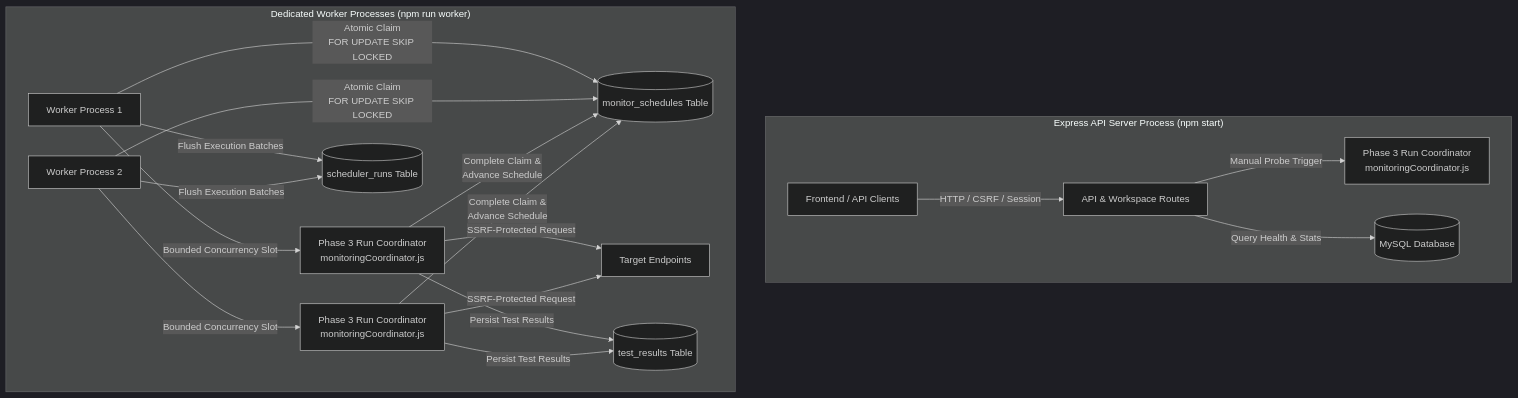
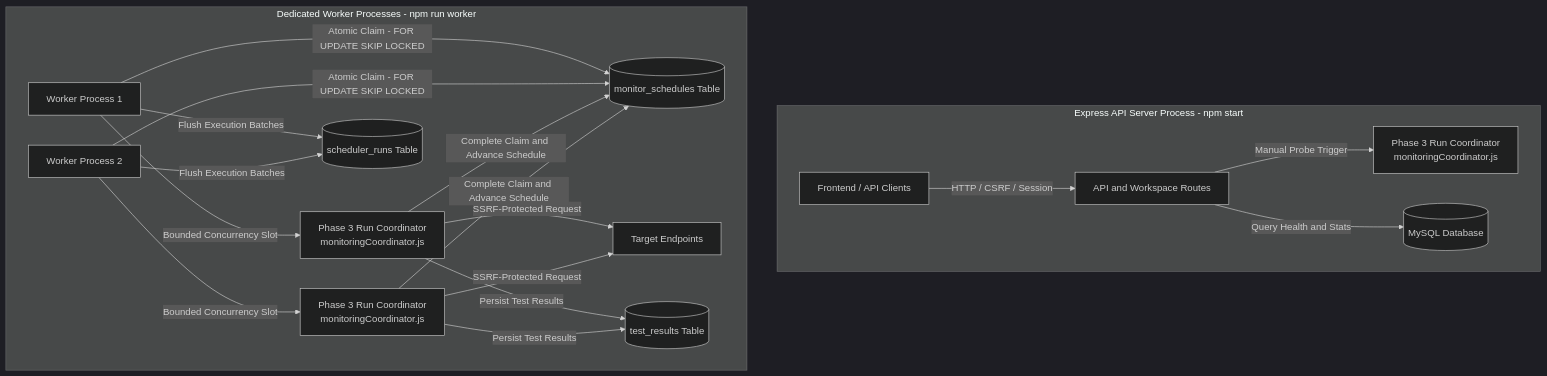
One commit to ritesh0w0/APIDash changed the diagram in docs/phase-4-scheduler-worker.md. Above: the diagram before and after it, drawn with Mermaid (dark theme). The commit also changed 18 other files, not shown here.

Commit message:
fix(docs): resolve GitHub Mermaid parser syntax errors across all diagrams

````diff
--- a/docs/phase-4-scheduler-worker.md
+++ b/docs/phase-4-scheduler-worker.md
@@ -15,28 +15,28 @@
 ```mermaid
 flowchart TD
-    subgraph API_Process["Express API Server Process (npm start)"]
-        Client[Frontend / API Clients] -->|HTTP / CSRF / Session| Routes[API & Workspace Routes]
-        Routes -->|Manual Probe Trigger| CoordManual[Phase 3 Run Coordinator\nmonitoringCoordinator.js]
-        Routes -->|Query Health & Stats| DB_Read[(MySQL Database)]
+    subgraph API_Process ["Express API Server Process - npm start"]
+        Client["Frontend / API Clients"] -->|HTTP / CSRF / Session| Routes["API and Workspace Routes"]
+        Routes -->|Manual Probe Trigger| CoordManual["Phase 3 Run Coordinator<br/>monitoringCoordinator.js"]
+        Routes -->|Query Health and Stats| DB_Read[("MySQL Database")]
     end
 
-    subgraph Worker_Processes["Dedicated Worker Processes (npm run worker)"]
-        Worker1[Worker Process 1] -->|Atomic Claim\nFOR UPDATE SKIP LOCKED| ScheduleTable[(monitor_schedules Table)]
-        Worker2[Worker Process 2] -->|Atomic Claim\nFOR UPDATE SKIP LOCKED| ScheduleTable
+    subgraph Worker_Processes ["Dedicated Worker Processes - npm run worker"]
+        Worker1["Worker Process 1"] -->|Atomic Claim - FOR UPDATE SKIP LOCKED| ScheduleTable[("monitor_schedules Table")]
+        Worker2["Worker Process 2"] -->|Atomic Claim - FOR UPDATE SKIP LOCKED| ScheduleTable
 
-        Worker1 -->|Bounded Concurrency Slot| CoordSched1[Phase 3 Run Coordinator\nmonitoringCoordinator.js]
-        Worker2 -->|Bounded Concurrency Slot| CoordSched2[Phase 3 Run Coordinator\nmonitoringCoordinator.js]
+        Worker1 -->|Bounded Concurrency Slot| CoordSched1["Phase 3 Run Coordinator<br/>monitoringCoordinator.js"]
+        Worker2 -->|Bounded Concurrency Slot| CoordSched2["Phase 3 Run Coordinator<br/>monitoringCoordinator.js"]
 
-        CoordSched1 -->|SSRF-Protected Request| Targets[Target Endpoints]
+        CoordSched1 -->|SSRF-Protected Request| Targets["Target Endpoints"]
         CoordSched2 -->|SSRF-Protected Request| Targets
 
-        CoordSched1 -->|Persist Test Results| TestResultsTable[(test_results Table)]
+        CoordSched1 -->|Persist Test Results| TestResultsTable[("test_results Table")]
         CoordSched2 -->|Persist Test Results| TestResultsTable
 
-        CoordSched1 -->|Complete Claim &\nAdvance Schedule| ScheduleTable
-        CoordSched2 -->|Complete Claim &\nAdvance Schedule| ScheduleTable
+        CoordSched1 -->|Complete Claim and Advance Schedule| ScheduleTable
+        CoordSched2 -->|Complete Claim and Advance Schedule| ScheduleTable
 
-        Worker1 -->|Flush Execution Batches| RunsTable[(scheduler_runs Table)]
+        Worker1 -->|Flush Execution Batches| RunsTable[("scheduler_runs Table")]
         Worker2 -->|Flush Execution Batches| RunsTable
     end
 ```
````
